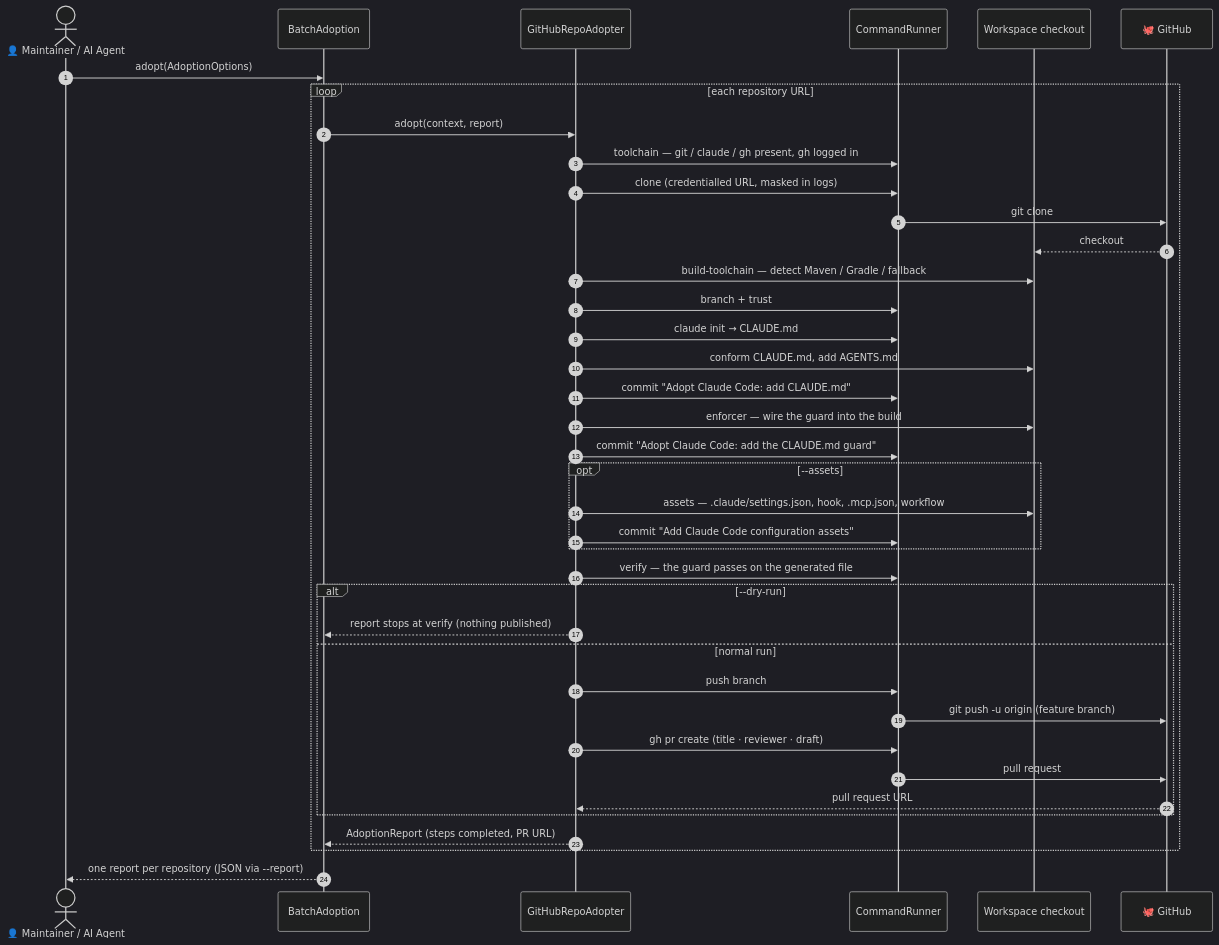
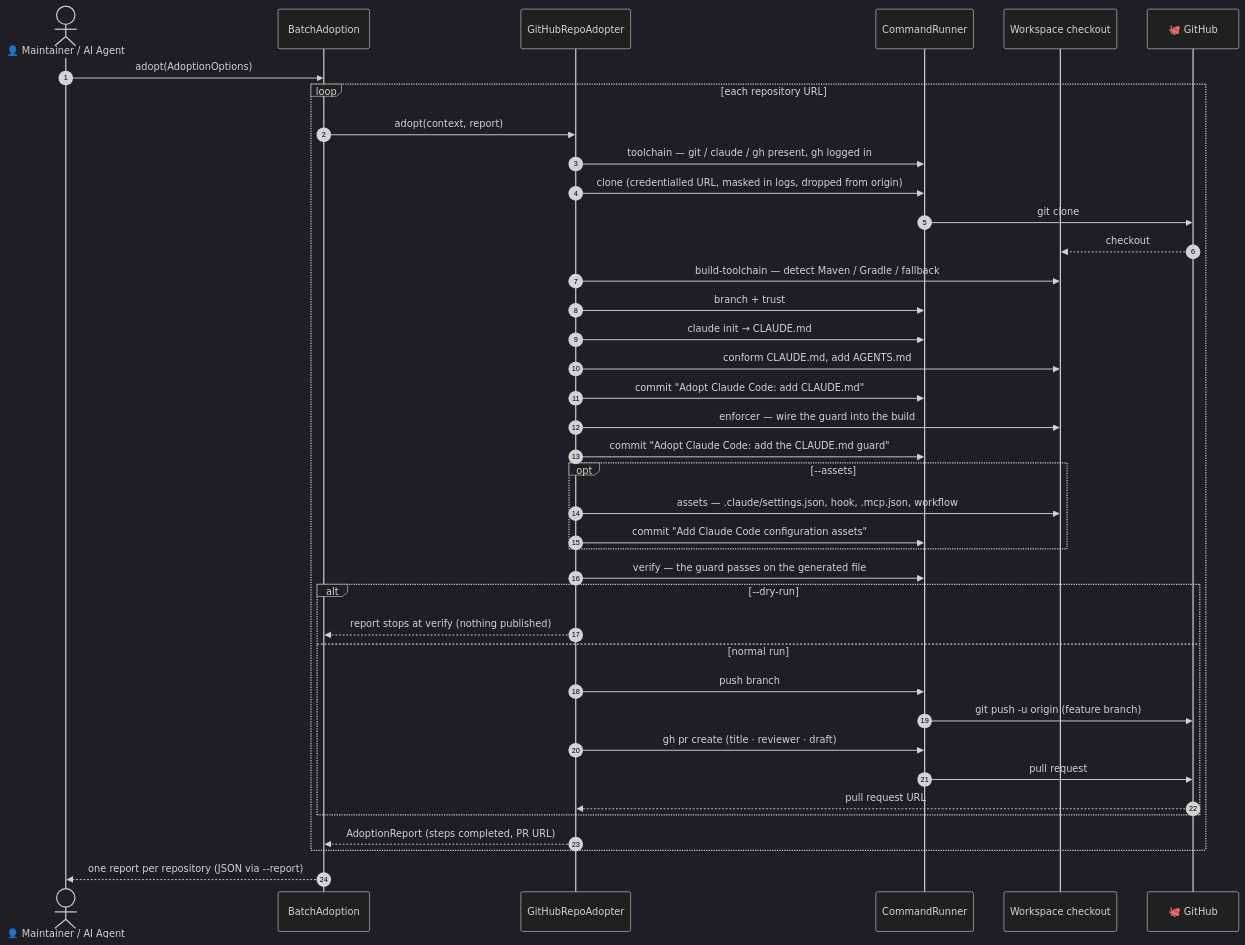
The eighth of 10 diagrams in docs/c4-architecture.md (adamw7/tools), drawn with Mermaid (dark theme) before and after one commit. The commit also changed 15 other files, not shown here.

````diff
--- a/docs/c4-architecture.md
+++ b/docs/c4-architecture.md
@@ -616,42 +616,42 @@
 ```mermaid
 sequenceDiagram
     autonumber
     actor M as 👤 Maintainer / AI Agent
     participant B as BatchAdoption
     participant A as GitHubRepoAdopter
     participant R as CommandRunner
     participant W as Workspace checkout
     participant G as 🐙 GitHub
 
     M->>B: adopt(AdoptionOptions)
     loop each repository URL
         B->>A: adopt(context, report)
         A->>R: toolchain — git / claude / gh present, gh logged in
-        A->>R: clone (credentialled URL, masked in logs)
+        A->>R: clone (credentialled URL, masked in logs, dropped from origin)
         R->>G: git clone
         G-->>W: checkout
         A->>W: build-toolchain — detect Maven / Gradle / fallback
         A->>R: branch + trust
         A->>R: claude init → CLAUDE.md
         A->>W: conform CLAUDE.md, add AGENTS.md
         A->>R: commit "Adopt Claude Code: add CLAUDE.md"
         A->>W: enforcer — wire the guard into the build
         A->>R: commit "Adopt Claude Code: add the CLAUDE.md guard"
         opt --assets
             A->>W: assets — .claude/settings.json, hook, .mcp.json, workflow
             A->>R: commit "Add Claude Code configuration assets"
         end
         A->>R: verify — the guard passes on the generated file
         alt --dry-run
             A-->>B: report stops at verify (nothing published)
         else normal run
             A->>R: push branch
             R->>G: git push -u origin (feature branch)
             A->>R: gh pr create (title · reviewer · draft)
             R->>G: pull request
             G-->>A: pull request URL
         end
         A-->>B: AdoptionReport (steps completed, PR URL)
     end
     B-->>M: one report per repository (JSON via --report)
 ```
````
